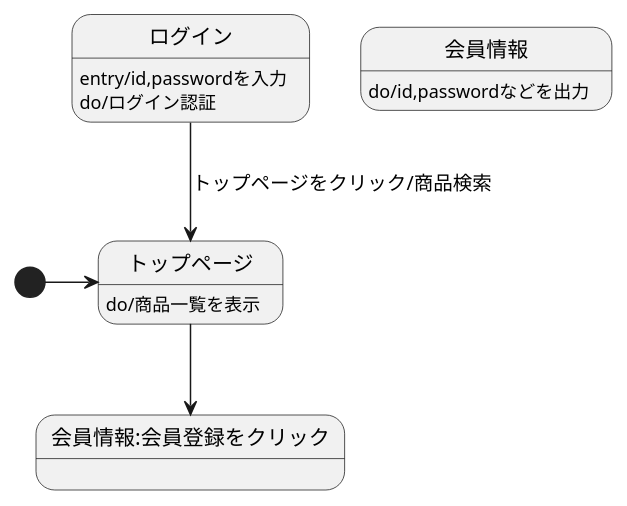
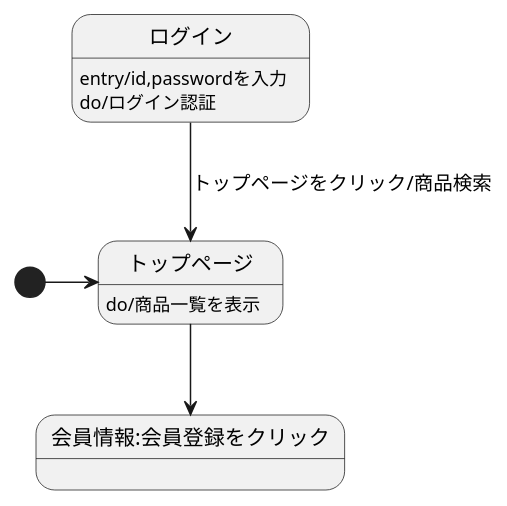
Before and after one commit to Aso2001224/2021sys-design: the diagram in 画面遷移図(original).md, drawn with PlantUML.

````diff
--- a/画面遷移図(original).md
+++ b/画面遷移図(original).md
@@ -1,11 +1,10 @@
 ```uml
 @startuml
 [*]->トップページ
 トップページ:do/商品一覧を表示
 ログイン-->トップページ:トップページをクリック/商品検索
 ログイン:entry/id,passwordを入力
 ログイン:do/ログイン認証
 トップページ-->会員情報:会員登録をクリック
-会員情報: do/id,passwordなどを出力
 @enduml
 ```
````
